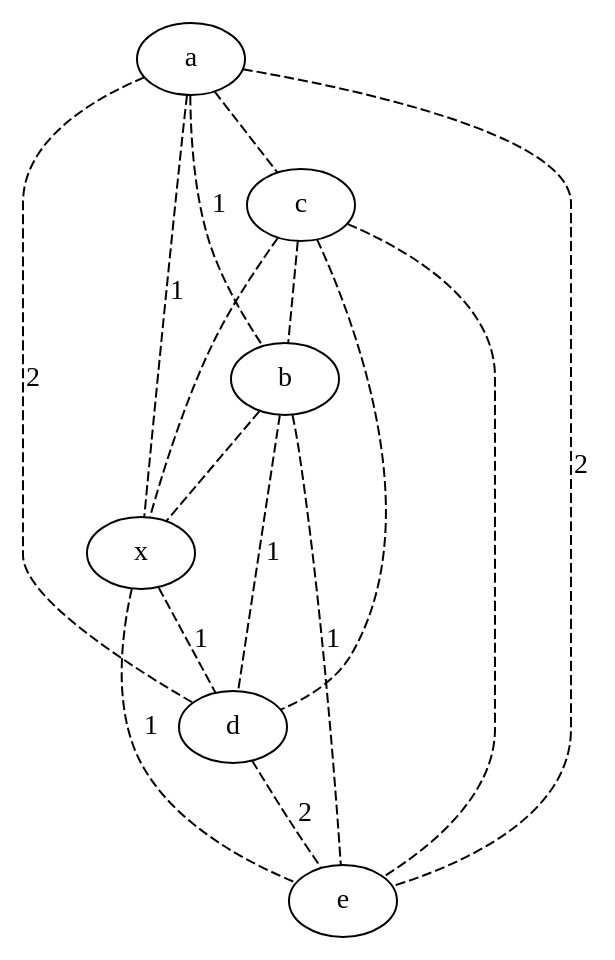
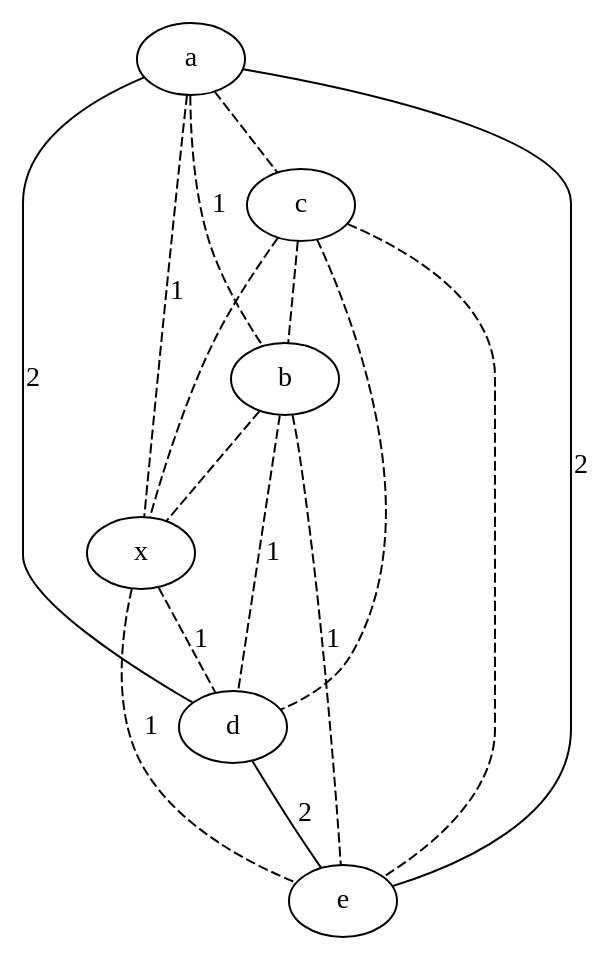
Before and after one commit to lrodrin/TFG: the diagram in src/final/plainGraph_with_threshold.dot, drawn with Graphviz. The commit also changed 6 other files, not shown here.

```diff
--- a/src/final/plainGraph_with_threshold.dot
+++ b/src/final/plainGraph_with_threshold.dot
@@ -1,23 +1,23 @@
 strict graph "" {
 a;
 c;
 b;
 x;
 d;
 e;
 a -- c  [color=black, style=dashed];
 a -- b  [color=black, label=1, style=dashed];
 a -- x  [color=black, label=1, style=dashed];
-a -- d  [color=black, label=2, style=dashed];
-a -- e  [color=black, label=2, style=dashed];
+a -- d  [color=black, label=2, style=solid];
+a -- e  [color=black, label=2, style=solid];
 c -- b  [color=black, style=dashed];
 c -- x  [color=black, style=dashed];
 c -- d  [color=black, style=dashed];
 c -- e  [color=black, style=dashed];
 b -- x  [color=black, style=dashed];
 b -- d  [color=black, label=1, style=dashed];
 b -- e  [color=black, label=1, style=dashed];
 x -- d  [color=black, label=1, style=dashed];
 x -- e  [color=black, label=1, style=dashed];
-d -- e  [color=black, label=2, style=dashed];
+d -- e  [color=black, label=2, style=solid];
 }
```
